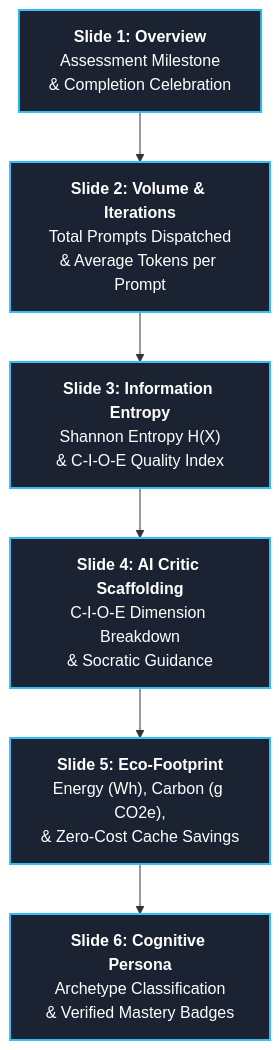
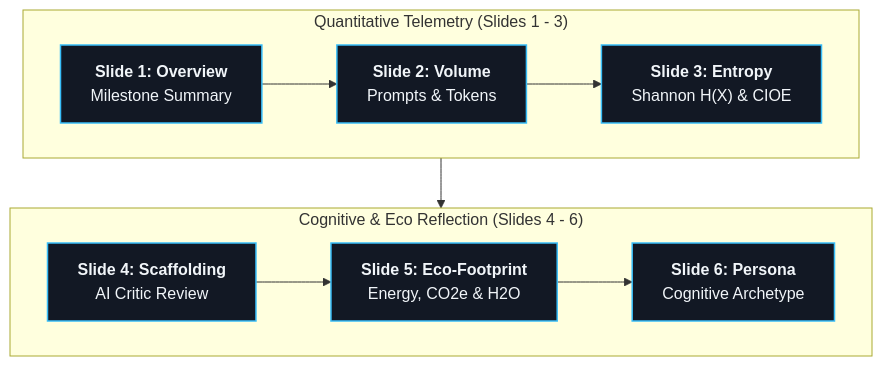
The third of 6 diagrams in docs/S_SPARC_COMPREHENSIVE_WHITEPAPER.md (06202003/s-sparc), drawn with Mermaid before and after one commit. The commit also changed 3 other files, not shown here.

Commit message:
fix(docs): scale down and compact architectural diagram viewer and Prompt Wrapped flowchart

````diff
--- a/docs/S_SPARC_COMPREHENSIVE_WHITEPAPER.md
+++ b/docs/S_SPARC_COMPREHENSIVE_WHITEPAPER.md
@@ -215,13 +215,16 @@
 ```mermaid
 flowchart TD
-    classDef wrap fill:#1b2333,stroke:#38bdf8,stroke-width:2px,color:#ffffff;
+    classDef wrap fill:#121824,stroke:#38bdf8,stroke-width:1.5px,color:#f1f5f9;
     
-    W1["<b>Slide 1: Overview</b><br/>Assessment Milestone<br/>& Completion Celebration"]:::wrap
-    W2["<b>Slide 2: Volume & Iterations</b><br/>Total Prompts Dispatched<br/>& Average Tokens per Prompt"]:::wrap
-    W3["<b>Slide 3: Information Entropy</b><br/>Shannon Entropy H(X)<br/>& C-I-O-E Quality Index"]:::wrap
-    W4["<b>Slide 4: AI Critic Scaffolding</b><br/>C-I-O-E Dimension Breakdown<br/>& Socratic Guidance"]:::wrap
-    W5["<b>Slide 5: Eco-Footprint</b><br/>Energy (Wh), Carbon (g CO2e),<br/>& Zero-Cost Cache Savings"]:::wrap
-    W6["<b>Slide 6: Cognitive Persona</b><br/>Archetype Classification<br/>& Verified Mastery Badges"]:::wrap
+    subgraph Row1 ["Quantitative Telemetry (Slides 1 - 3)"]
+        direction LR
+        W1["<b>Slide 1: Overview</b><br/>Milestone Summary"]:::wrap --> W2["<b>Slide 2: Volume</b><br/>Prompts & Tokens"]:::wrap --> W3["<b>Slide 3: Entropy</b><br/>Shannon H(X) & CIOE"]:::wrap
+    end
 
-    W1 --> W2 --> W3 --> W4 --> W5 --> W6
+    subgraph Row2 ["Cognitive & Eco Reflection (Slides 4 - 6)"]
+        direction LR
+        W4["<b>Slide 4: Scaffolding</b><br/>AI Critic Review"]:::wrap --> W5["<b>Slide 5: Eco-Footprint</b><br/>Energy, CO2e & H2O"]:::wrap --> W6["<b>Slide 6: Persona</b><br/>Cognitive Archetype"]:::wrap
+    end
+
+    Row1 --> Row2
 ```
````
